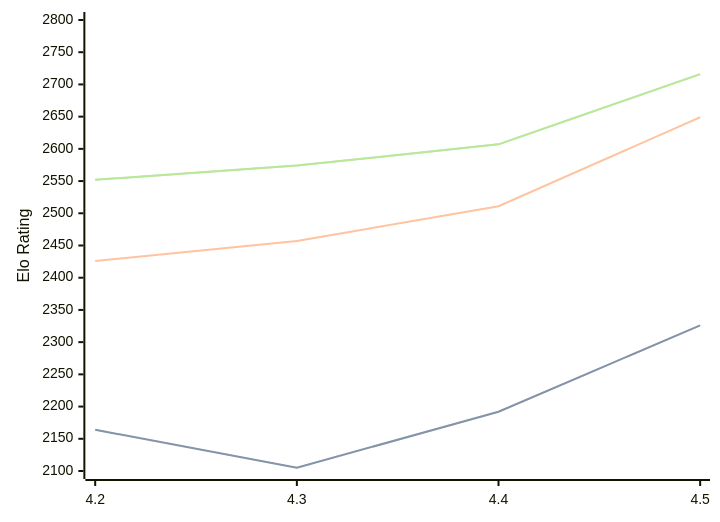
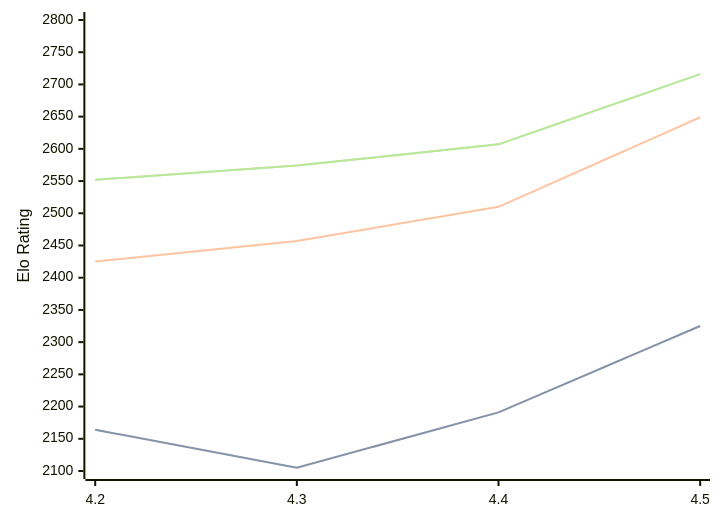
The diagram in engines/Eubos.md (computer-chess-index/cci), drawn with Mermaid before and after one commit. The commit also changed other lines of this file, not shown here.

````diff
--- a/engines/Eubos.md
+++ b/engines/Eubos.md
@@ -34,11 +34,11 @@
 ```mermaid
 %%{init: {"theme":"base","themeVariables":{"seriesColors:['#a3a3a3','#222221','#faa371']}}}%%
 xychart-beta
   x-axis ["4.2", "4.3", "4.4", "4.5"]
   y-axis "Elo Rating" 2100 --> 2800
-  line "" [2164, 2105, 2192, 2326]
-  line "STC (8.0+0.08s)" [2164, 2105, 2192, 2326]
-  line "LTC (60.0+0.60s)" [2426, 2457, 2511, 2649]
+  line "" [2164, 2105, 2191, 2325]
+  line "STC (8.0+0.08s)" [2164, 2105, 2191, 2325]
+  line "LTC (60.0+0.60s)" [2425, 2457, 2510, 2649]
   line "" [2552, 2574, 2607, 2716]
   line "VLTC (2m24s+1.12s)" [2552, 2574, 2607, 2716]
 ```
````
